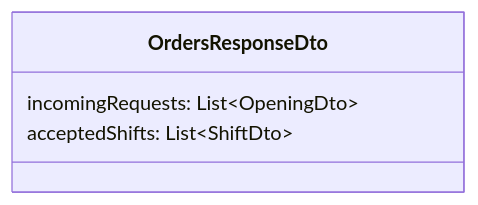
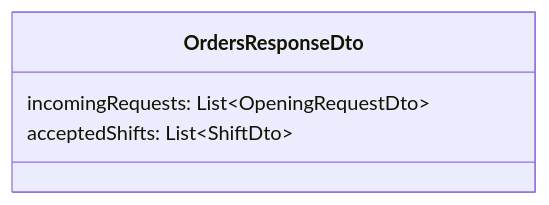
Before and after one commit to kir-dev/foodex-web: the seventh of 9 diagrams in Upgrade backend TERV.md, drawn with Mermaid. The commit also changed other lines of this file, not shown here.

````diff
--- a/Upgrade backend TERV.md
+++ b/Upgrade backend TERV.md
@@ -201,8 +195,8 @@
 ```mermaid
 classDiagram
 
 class OrdersResponseDto {
-    incomingRequests: List&lt;OpeningDto&gt;
+    incomingRequests: List&lt;OpeningRequestDto&gt;
     acceptedShifts: List&lt;ShiftDto&gt;
 }
 ```
````
